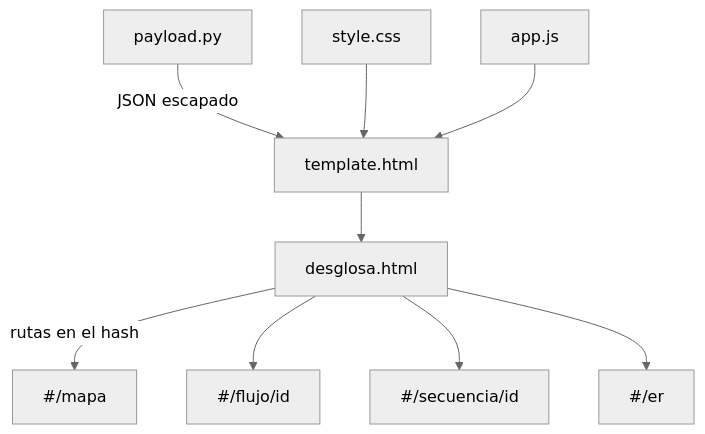
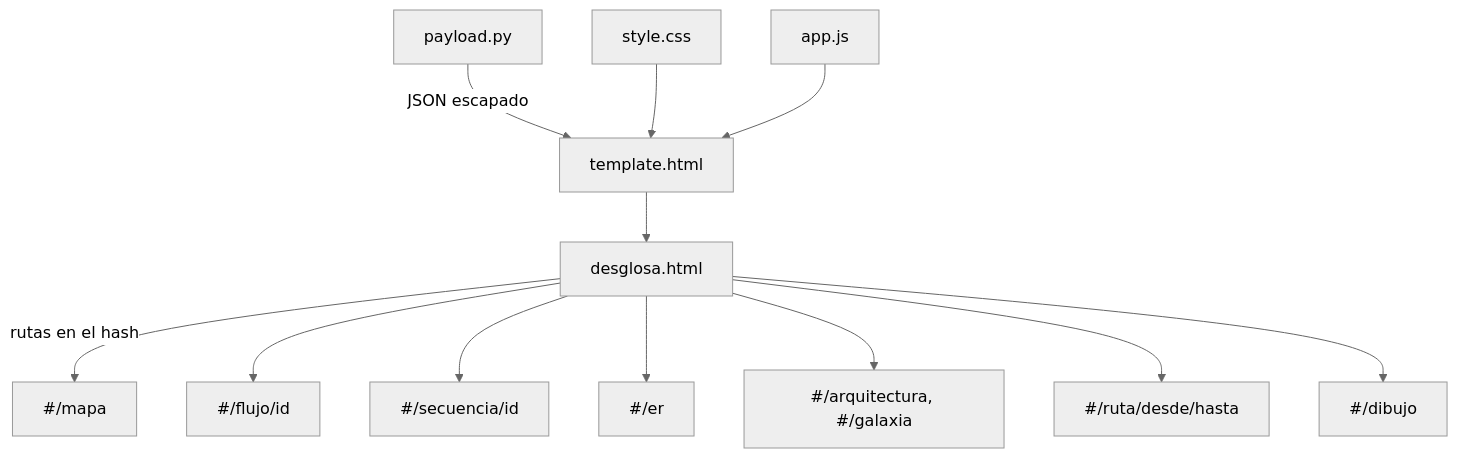
The second of 2 diagrams in docs/ARCHITECTURE.md (ItaloReyesCordero/PROYECTO-PARA-LA-FERIA-DE-ING-1), drawn with Mermaid (neutral theme) before and after one commit. The commit also changed other lines of this file and 16 other files, not shown here.

````diff
--- a/docs/ARCHITECTURE.md
+++ b/docs/ARCHITECTURE.md
@@ -127,11 +129,14 @@
 ```mermaid
 flowchart TB
     P[payload.py] -->|JSON escapado| T[template.html]
     S[style.css] --> T
     J[app.js] --> T
     T --> H[desglosa.html]
     H -->|rutas en el hash| V1["#/mapa"]
     H --> V2["#/flujo/id"]
     H --> V3["#/secuencia/id"]
     H --> V4["#/er"]
+    H --> V5["#/arquitectura, #/galaxia"]
+    H --> V6["#/ruta/desde/hasta"]
+    H --> V7["#/dibujo"]
 ```
````
